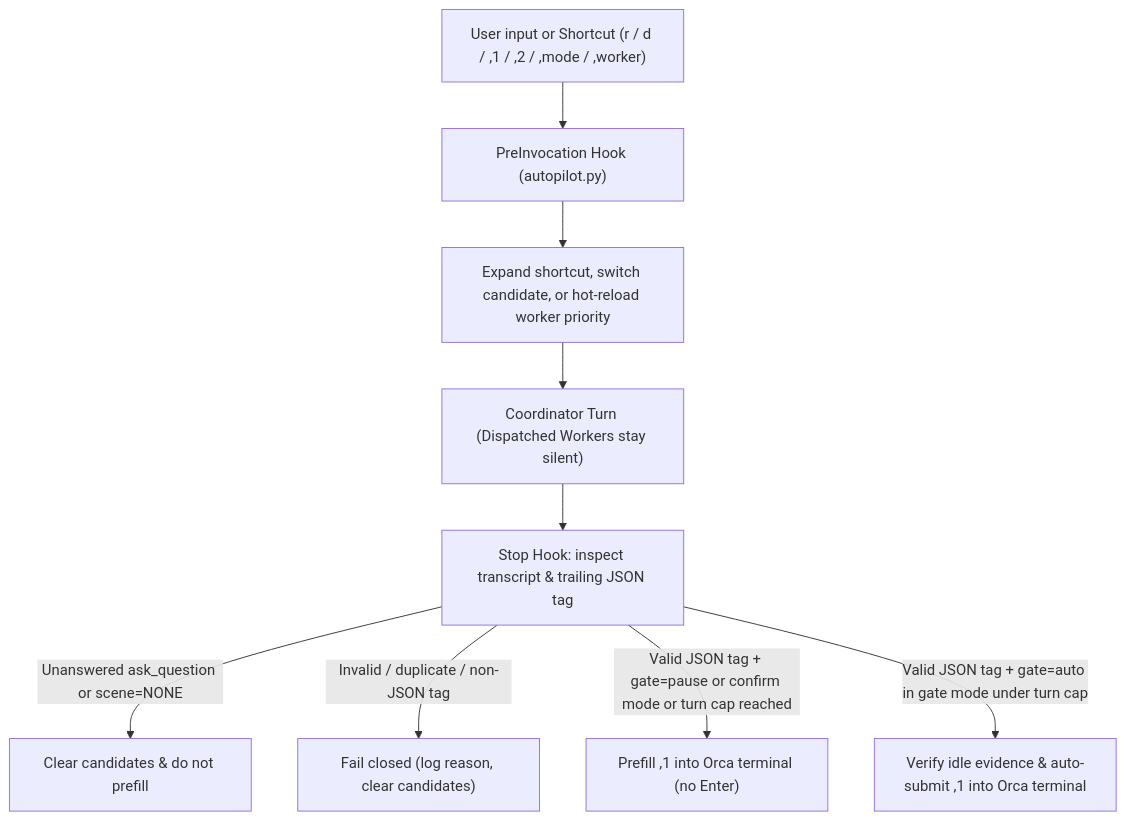
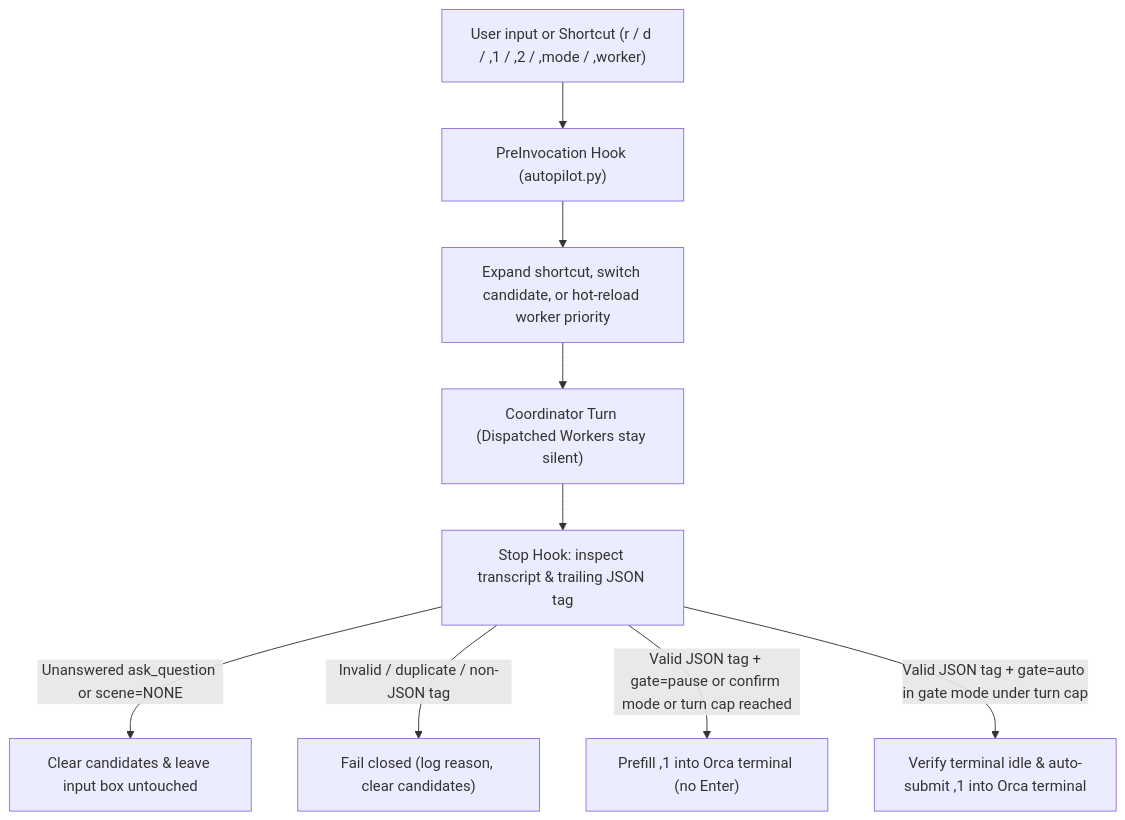
Before and after one commit to sensebeing/the-pilot: the diagram in README.md, drawn with Mermaid. The commit also changed other lines of this file and 1 other file, not shown here.

Commit message:
docs(readme): lead with concrete terminal use cases before scene-based mechanics

````diff
--- a/README.md
+++ b/README.md
@@ -156,11 +106,11 @@
 ```mermaid
 flowchart TD
     A["User input or Shortcut (r / d / ,1 / ,2 / ,mode / ,worker)"] --> B["PreInvocation Hook (autopilot.py)"]
     B --> C["Expand shortcut, switch candidate, or hot-reload worker priority"]
     C --> D["Coordinator Turn (Dispatched Workers stay silent)"]
     D --> E["Stop Hook: inspect transcript & trailing JSON tag"]
-    E -->|Unanswered ask_question or scene=NONE| F["Clear candidates & do not prefill"]
+    E -->|Unanswered ask_question or scene=NONE| F["Clear candidates & leave input box untouched"]
     E -->|Invalid / duplicate / non-JSON tag| G["Fail closed (log reason, clear candidates)"]
     E -->|Valid JSON tag + gate=pause or confirm mode or turn cap reached| H["Prefill ,1 into Orca terminal (no Enter)"]
-    E -->|Valid JSON tag + gate=auto in gate mode under turn cap| I["Verify idle evidence & auto-submit ,1 into Orca terminal"]
+    E -->|Valid JSON tag + gate=auto in gate mode under turn cap| I["Verify terminal idle & auto-submit ,1 into Orca terminal"]
 ```
````
